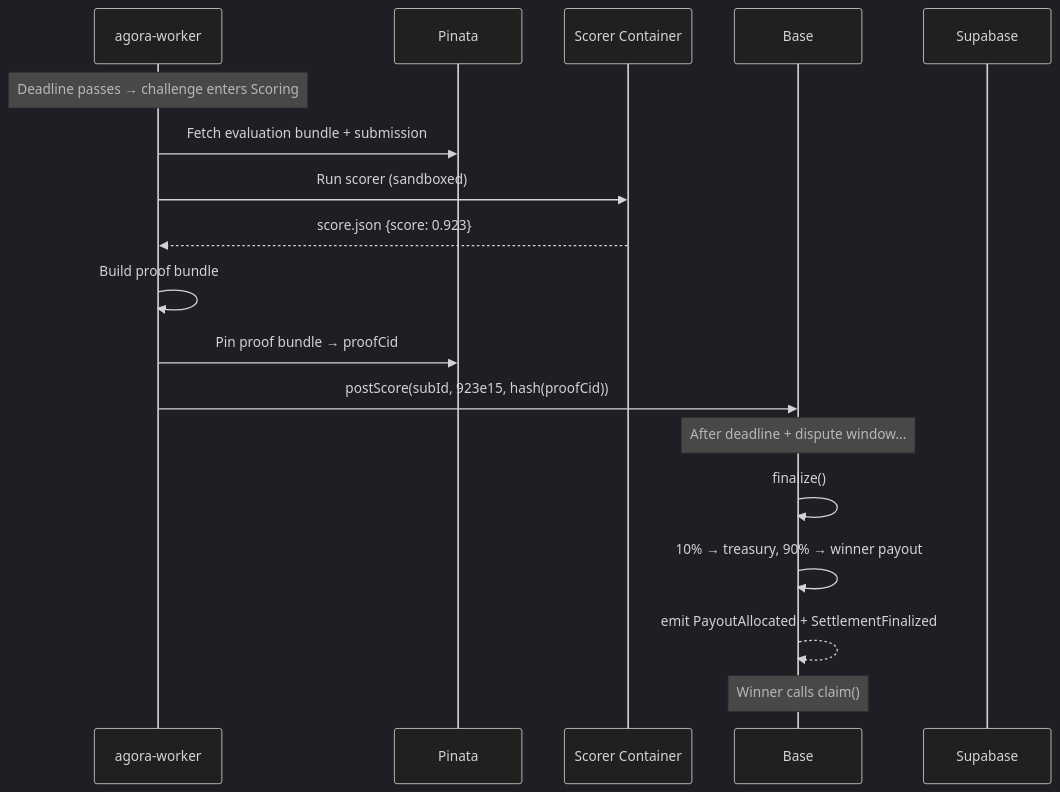
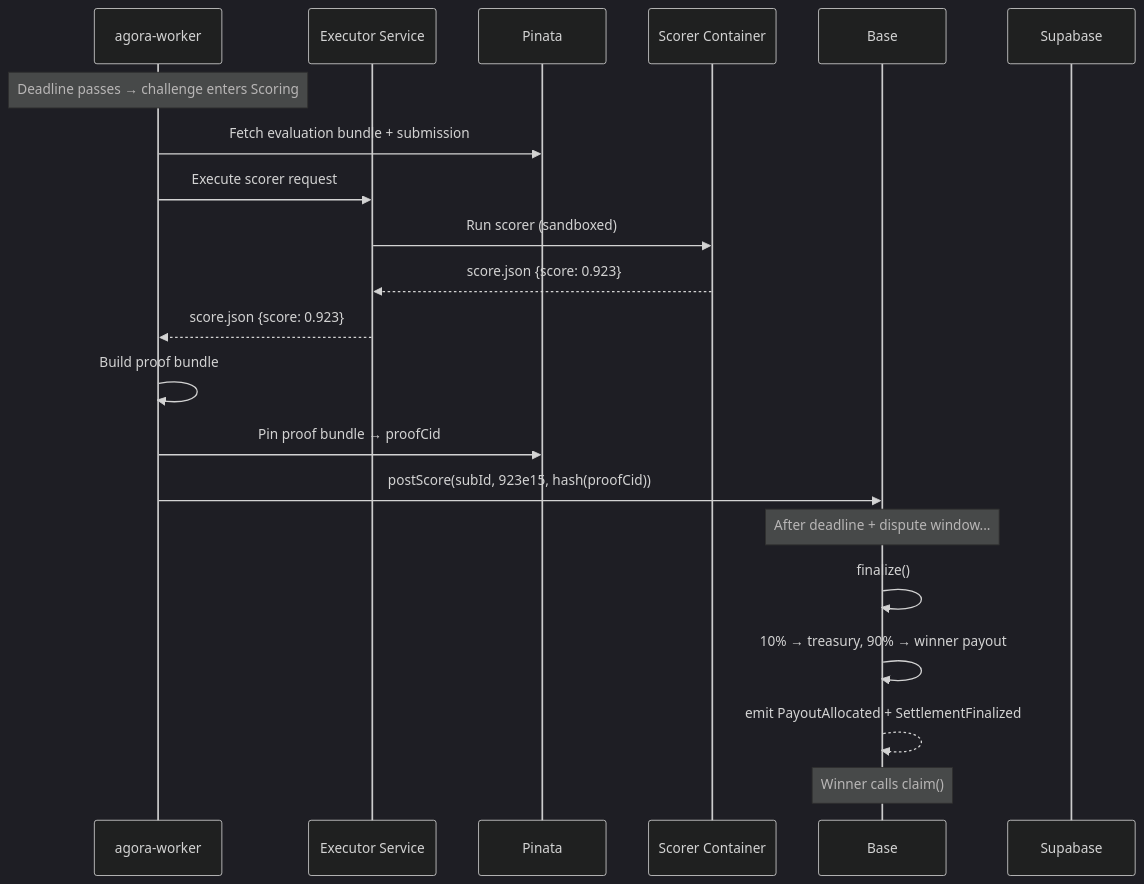
One commit to andymolecule/Agora changed the seventh of 14 diagrams in docs/architecture.md. Above: the diagram before and after it, drawn with Mermaid (dark theme). The commit also changed 27 other files, not shown here.

````diff
--- a/docs/architecture.md
+++ b/docs/architecture.md
@@ -335,25 +335,28 @@
 ```mermaid
 sequenceDiagram
     participant Worker as agora-worker
+    participant Executor as Executor Service
     participant IPFS as Pinata
     participant Docker as Scorer Container
     participant Chain as Base
     participant DB as Supabase
 
     Note over Worker: Deadline passes → challenge enters Scoring
 
     Worker->>IPFS: Fetch evaluation bundle + submission
-    Worker->>Docker: Run scorer (sandboxed)
-    Docker-->>Worker: score.json {score: 0.923}
+    Worker->>Executor: Execute scorer request
+    Executor->>Docker: Run scorer (sandboxed)
+    Docker-->>Executor: score.json {score: 0.923}
+    Executor-->>Worker: score.json {score: 0.923}
     Worker->>Worker: Build proof bundle
     Worker->>IPFS: Pin proof bundle → proofCid
     Worker->>Chain: postScore(subId, 923e15, hash(proofCid))
 
     Note over Chain: After deadline + dispute window...
 
     Chain->>Chain: finalize()
     Chain->>Chain: 10% → treasury, 90% → winner payout
     Chain-->>Chain: emit PayoutAllocated + SettlementFinalized
 
     Note over Chain: Winner calls claim()
 ```
````
